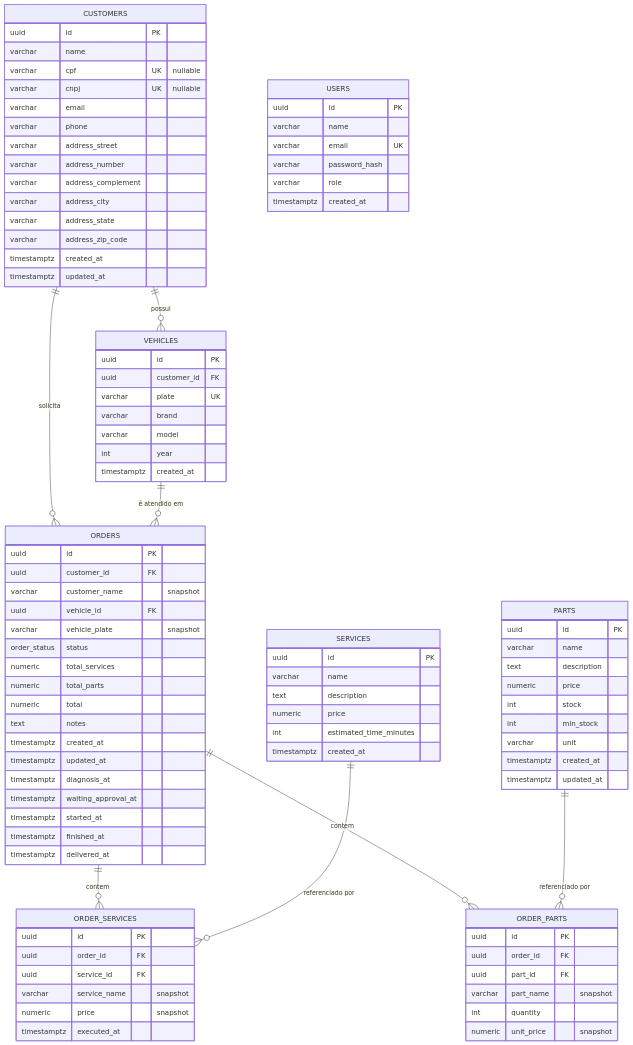
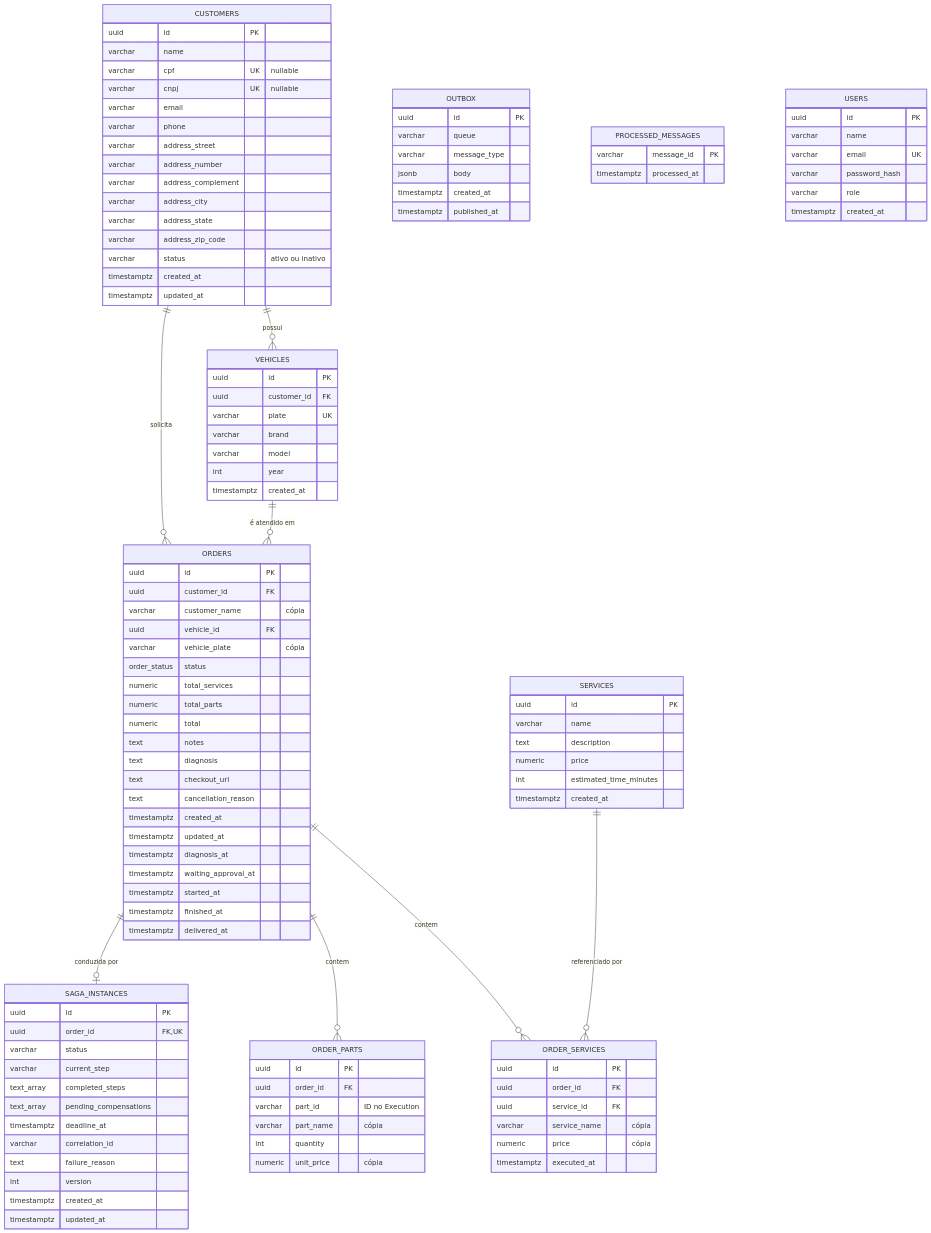
The diagram in docs/database/er-diagram.md (Jackeline2020/app-autoshop), drawn with Mermaid before and after one commit. The commit also changed other lines of this file and 16 other files, not shown here.

```diff
--- a/docs/database/er-diagram.md
+++ b/docs/database/er-diagram.md
@@ -10,7 +15,7 @@
     ORDERS ||--o{ ORDER_SERVICES : contem
     ORDERS ||--o{ ORDER_PARTS : contem
     SERVICES ||--o{ ORDER_SERVICES : "referenciado por"
-    PARTS ||--o{ ORDER_PARTS : "referenciado por"
+    ORDERS ||--o| SAGA_INSTANCES : "conduzida por"
 
     CUSTOMERS {
         uuid id PK
@@ -25,6 +30,7 @@
         varchar address_city
         varchar address_state
         varchar address_zip_code
+        varchar status "ativo ou inativo"
         timestamptz created_at
         timestamptz updated_at
     }
@@ -48,29 +54,20 @@
         timestamptz created_at
     }
 
-    PARTS {
-        uuid id PK
-        varchar name
-        text description
-        numeric price
-        int stock
-        int min_stock
-        varchar unit
-        timestamptz created_at
-        timestamptz updated_at
-    }
-
     ORDERS {
         uuid id PK
         uuid customer_id FK
-        varchar customer_name "snapshot"
+        varchar customer_name "cópia"
         uuid vehicle_id FK
-        varchar vehicle_plate "snapshot"
+        varchar vehicle_plate "cópia"
         order_status status
         numeric total_services
         numeric total_parts
         numeric total
         text notes
+        text diagnosis
+        text checkout_url
+        text cancellation_reason
         timestamptz created_at
         timestamptz updated_at
         timestamptz diagnosis_at
@@ -84,18 +81,47 @@
         uuid id PK
         uuid order_id FK
         uuid service_id FK
-        varchar service_name "snapshot"
-        numeric price "snapshot"
+        varchar service_name "cópia"
+        numeric price "cópia"
         timestamptz executed_at
     }
 
     ORDER_PARTS {
         uuid id PK
         uuid order_id FK
-        uuid part_id FK
-        varchar part_name "snapshot"
+        varchar part_id "ID no Execution"
+        varchar part_name "cópia"
         int quantity
-        numeric unit_price "snapshot"
+        numeric unit_price "cópia"
+    }
+
+    SAGA_INSTANCES {
+        uuid id PK
+        uuid order_id FK, UK
+        varchar status
+        varchar current_step
+        text_array completed_steps
+        text_array pending_compensations
+        timestamptz deadline_at
+        varchar correlation_id
+        text failure_reason
+        int version
+        timestamptz created_at
+        timestamptz updated_at
+    }
+
+    OUTBOX {
+        uuid id PK
+        varchar queue
+        varchar message_type
+        jsonb body
+        timestamptz created_at
+        timestamptz published_at
+    }
+
+    PROCESSED_MESSAGES {
+        varchar message_id PK
+        timestamptz processed_at
     }
 
     USERS {
```
